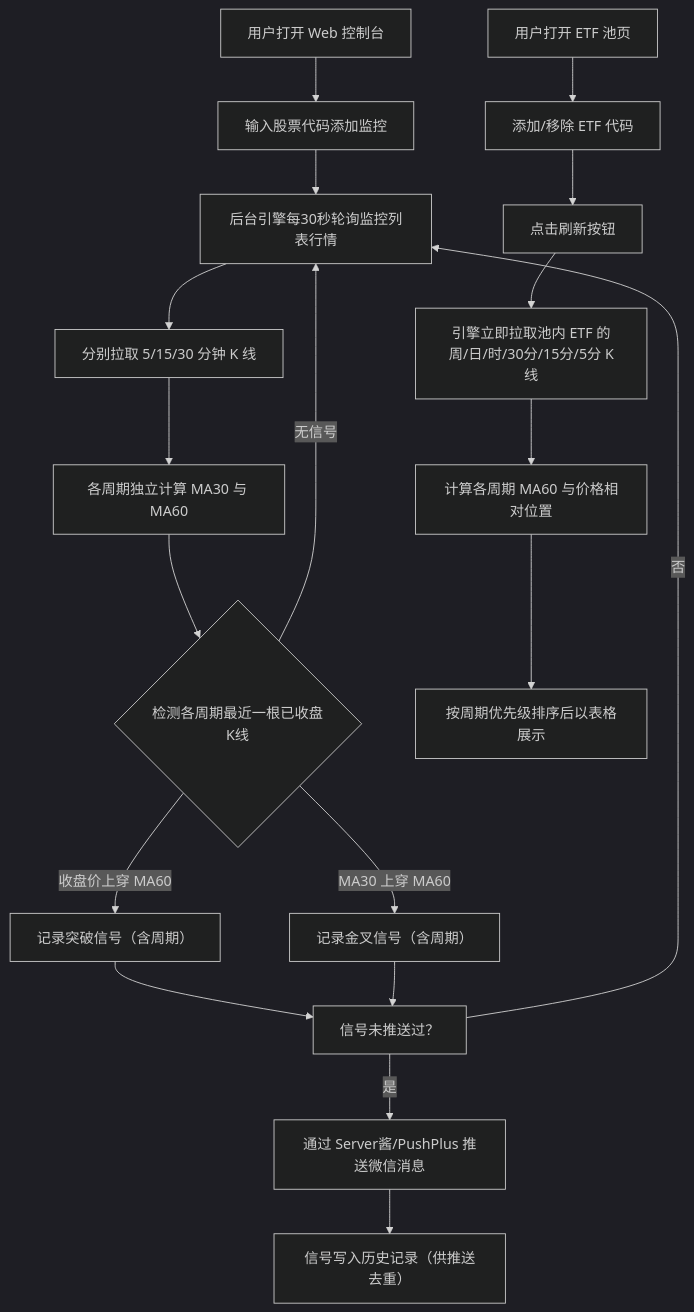
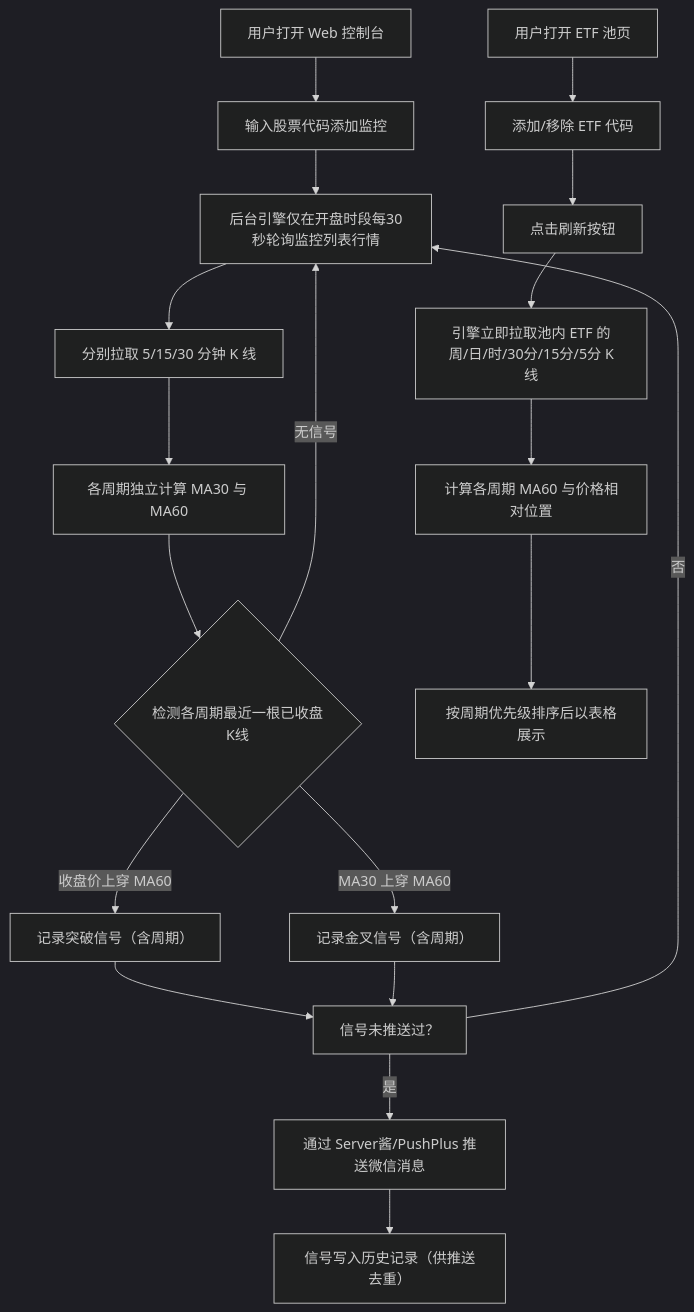
Before and after one commit to linmin666/stock-watch-assistant: the diagram in .trae/documents/prd.md, drawn with Mermaid (dark theme). The commit also changed other lines of this file and 16 other files, not shown here.

````diff
--- a/.trae/documents/prd.md
+++ b/.trae/documents/prd.md
@@ -46,22 +47,22 @@
 ```mermaid
 flowchart TD
     A["用户打开 Web 控制台"] --> B["输入股票代码添加监控"]
-    B --> C["后台引擎每30秒轮询监控列表行情"]
+    B --> C["后台引擎仅在开盘时段每30秒轮询监控列表行情"]
     C --> D["分别拉取 5/15/30 分钟 K 线"]
     D --> E["各周期独立计算 MA30 与 MA60"]
     E --> F{"检测各周期最近一根已收盘K线"}
     F -->|"收盘价上穿 MA60"| G["记录突破信号（含周期）"]
     F -->|"MA30 上穿 MA60"| H["记录金叉信号（含周期）"]
     F -->|"无信号"| C
     G --> I["信号未推送过？"]
     H --> I
     I -->|"是"| J["通过 Server酱/PushPlus 推送微信消息"]
     I -->|"否"| C
     J --> K["信号写入历史记录（供推送去重）"]
 
     P["用户打开 ETF 池页"] --> Q["添加/移除 ETF 代码"]
     Q --> R["点击刷新按钮"]
     R --> S["引擎立即拉取池内 ETF 的周/日/时/30分/15分/5分 K线"]
     S --> T["计算各周期 MA60 与价格相对位置"]
     T --> U["按周期优先级排序后以表格展示"]
 ```
````
